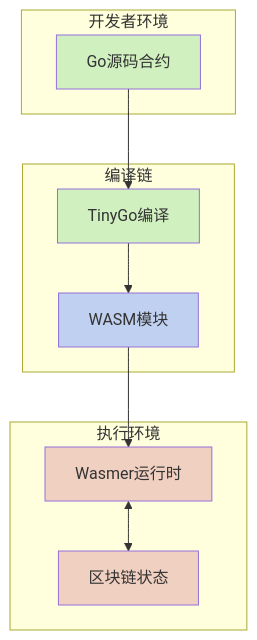
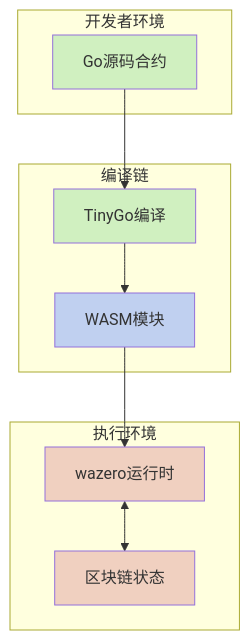
One commit to govm-net/vm changed the diagram in docs/wasm_smart_contracts.md. Above: the diagram before and after it, drawn with Mermaid. The commit also changed other lines of this file and 59 other files, not shown here.

````diff
--- a/docs/wasm_smart_contracts.md
+++ b/docs/wasm_smart_contracts.md
@@ -9,27 +9,27 @@
 ```mermaid
 flowchart TD
     A[Go源码合约] --> B[TinyGo编译]
     B --> C[WASM模块]
-    C --> D[Wasmer运行时]
+    C --> D[wazero运行时]
     D <--> E[区块链状态]
     
     subgraph 开发者环境
         A
     end
     
     subgraph 编译链
         B
         C
     end
     
     subgraph 执行环境
         D
         E
     end
     
     style A fill:#d0f0c0
     style B fill:#d0f0c0
     style C fill:#c0d0f0
     style D fill:#f0d0c0
     style E fill:#f0d0c0
 ```
````
